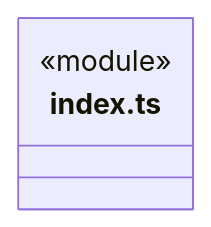
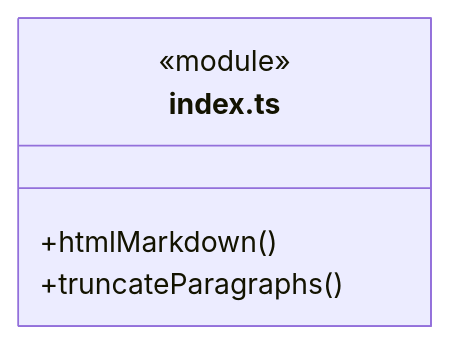
Before and after one commit to nan023062/cbim: the third of 6 diagrams in src/core/web/ARCHITECTURE.md, drawn with Mermaid. The commit also changed other lines of this file and 137 other files, not shown here.

Commit message:
fix: align architecture generator with documentation standards

````diff
--- a/src/core/web/ARCHITECTURE.md
+++ b/src/core/web/ARCHITECTURE.md
@@ -99,6 +105,8 @@
 ```mermaid
 classDiagram
 class N_src_core_web_index_ts["index.ts"] {
   <<module>>
+  +htmlMarkdown()
+  +truncateParagraphs()
 }
 ```
````
